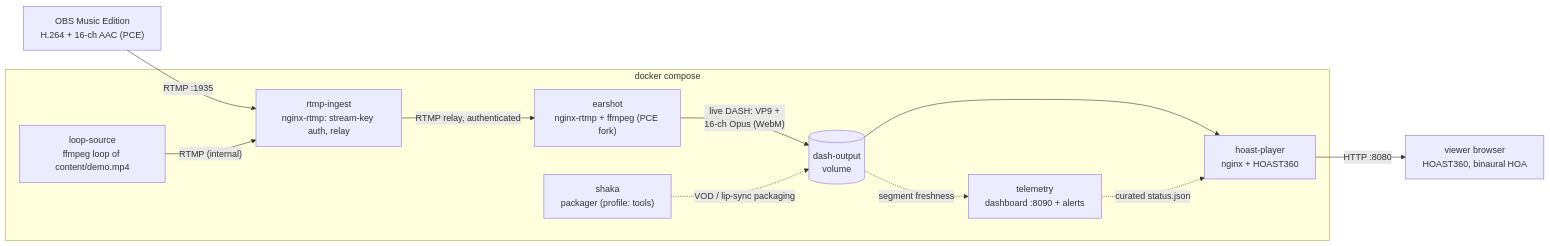
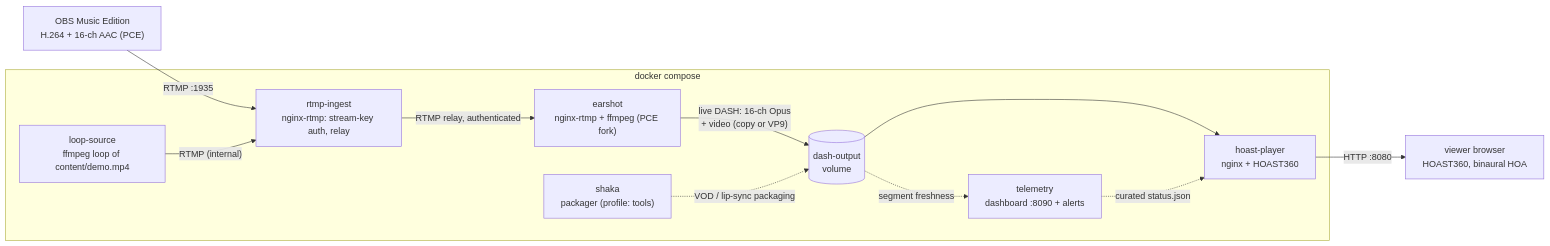
The diagram in README.md (mormegil6/ambisonic-box), drawn with Mermaid before and after one commit. The commit also changed other lines of this file and 1 other file, not shown here.

````diff
--- a/README.md
+++ b/README.md
@@ -13,25 +13,25 @@
 ```mermaid
 flowchart LR
     OBS["OBS Music Edition<br/>H.264 + 16-ch AAC (PCE)"]
     VIEWER["viewer browser<br/>HOAST360, binaural HOA"]
 
     subgraph COMPOSE["docker compose"]
         LOOP["loop-source<br/>ffmpeg loop of content/demo.mp4"]
         INGEST["rtmp-ingest<br/>nginx-rtmp: stream-key auth, relay"]
         EARSHOT["earshot<br/>nginx-rtmp + ffmpeg (PCE fork)"]
         VOL[("dash-output<br/>volume")]
         PLAYER["hoast-player<br/>nginx + HOAST360"]
         SHAKA["shaka<br/>packager (profile: tools)"]
         TELEM["telemetry<br/>dashboard :8090 + alerts"]
     end
 
     OBS -- "RTMP :1935" --> INGEST
     LOOP -- "RTMP (internal)" --> INGEST
     INGEST -- "RTMP relay, authenticated" --> EARSHOT
-    EARSHOT -- "live DASH: VP9 +<br/>16-ch Opus (WebM)" --> VOL
+    EARSHOT -- "live DASH: 16-ch Opus<br/>+ video (copy or VP9)" --> VOL
     VOL --> PLAYER
     SHAKA -. "VOD / lip-sync packaging" .-> VOL
     PLAYER -- "HTTP :8080" --> VIEWER
     VOL -. "segment freshness" .-> TELEM
     TELEM -. "curated status.json" .-> PLAYER
 ```
````
